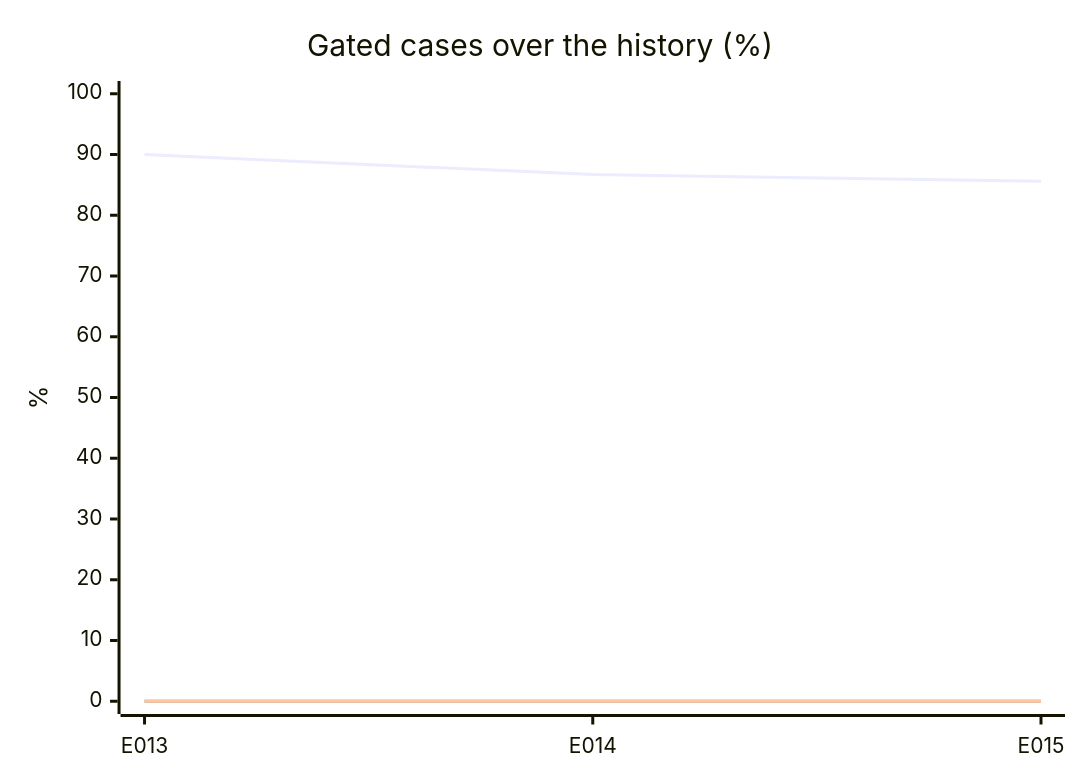
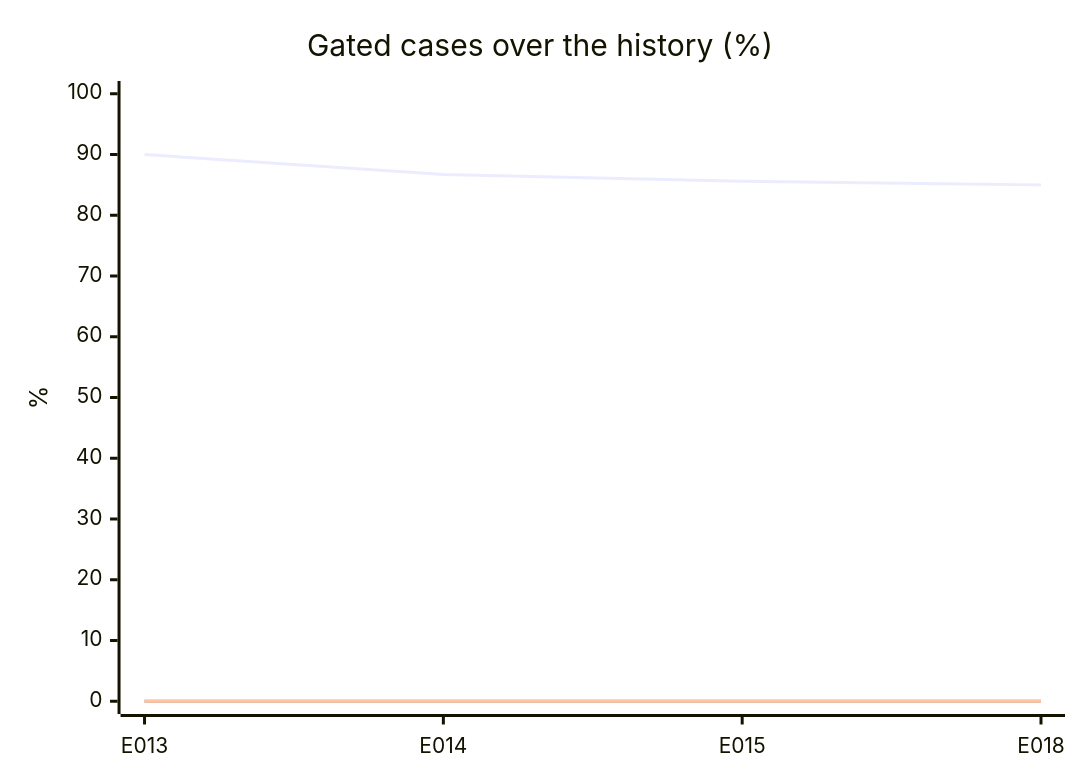
The first of 2 diagrams in evals/report.md (acarbonellb/anti-fraud-agent), drawn with Mermaid before and after one commit. The commit also changed other lines of this file and 154 other files, not shown here.

````diff
--- a/evals/report.md
+++ b/evals/report.md
@@ -46,9 +47,9 @@
 ```mermaid
 xychart-beta
   title "Gated cases over the history (%)"
-  x-axis [E013, E014, E015]
+  x-axis [E013, E014, E015, E018]
   y-axis "%" 0 --> 100
-  line [90, 86.7, 85.6]
-  line [0, 0, 0]
-  line [0, 0, 0]
+  line [90, 86.7, 85.6, 85]
+  line [0, 0, 0, 0]
+  line [0, 0, 0, 0]
 ```
````
